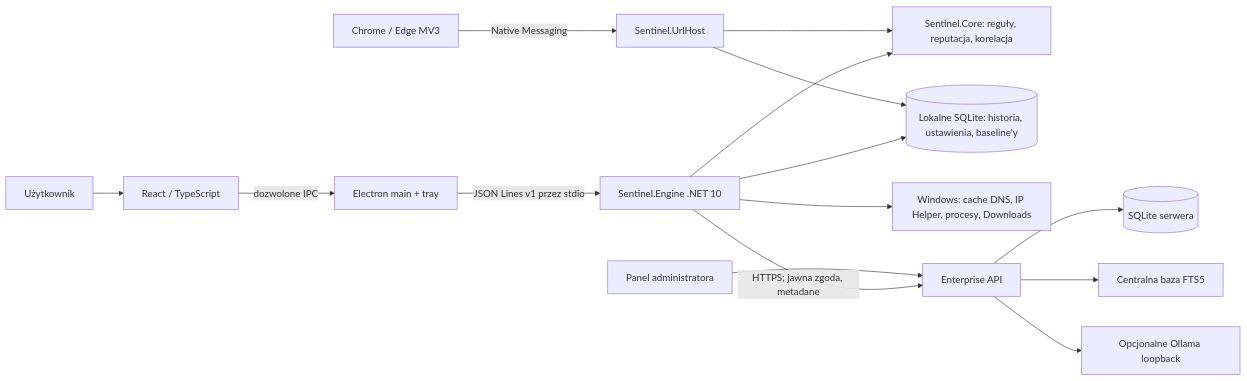
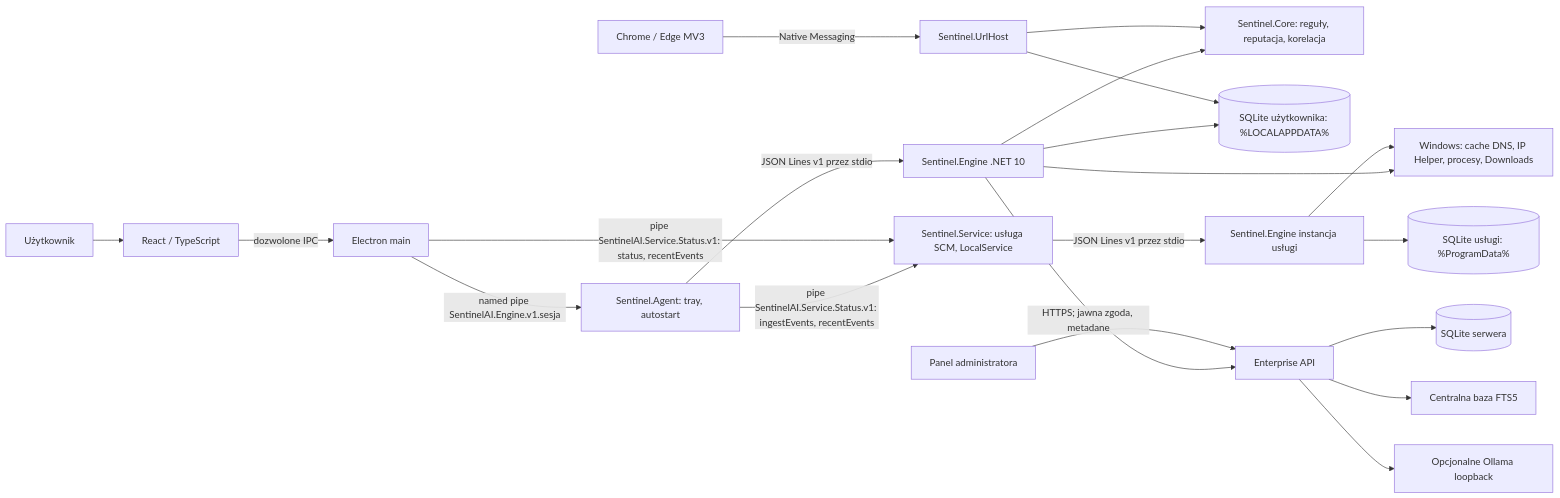
The diagram in ARCHITECTURE.md (Matyyyy68/asystent), drawn with Mermaid before and after one commit. The commit also changed other lines of this file, not shown here.

First line of the commit message:
﻿docs: describe Agent and Service layers in ARCHITECTURE (#3)

````diff
--- a/ARCHITECTURE.md
+++ b/ARCHITECTURE.md
@@ -7,17 +7,23 @@
 ```mermaid
 flowchart LR
   U[Użytkownik] --> UI[React / TypeScript]
-  UI -->|dozwolone IPC| E[Electron main + tray]
-  E -->|JSON Lines v1 przez stdio| EN[Sentinel.Engine .NET 10]
+  UI -->|dozwolone IPC| E[Electron main]
+  E -->|named pipe SentinelAI.Engine.v1.sesja| AG[Sentinel.Agent: tray, autostart]
+  AG -->|JSON Lines v1 przez stdio| EN[Sentinel.Engine .NET 10]
   EN --> C[Sentinel.Core: reguły, reputacja, korelacja]
-  EN --> DB[(Lokalne SQLite: historia, ustawienia, baseline'y)]
+  EN --> DB[(SQLite użytkownika: %LOCALAPPDATA%)]
   EN --> W[Windows: cache DNS, IP Helper, procesy, Downloads]
+  SVC[Sentinel.Service: usługa SCM, LocalService] -->|JSON Lines v1 przez stdio| SEN[Sentinel.Engine instancja usługi]
+  SEN --> SDBL[(SQLite usługi: %ProgramData%)]
+  SEN --> W
+  AG -->|pipe SentinelAI.Service.Status.v1: ingestEvents, recentEvents| SVC
+  E -->|pipe SentinelAI.Service.Status.v1: status, recentEvents| SVC
   B[Chrome / Edge MV3] -->|Native Messaging| H[Sentinel.UrlHost]
   H --> C
   H --> DB
   EN -->|HTTPS; jawna zgoda, metadane| API[Enterprise API]
   API --> SDB[(SQLite serwera)]
   API --> KB[Centralna baza FTS5]
   API --> AI[Opcjonalne Ollama loopback]
   ADMIN[Panel administratora] --> API
 ```
````
